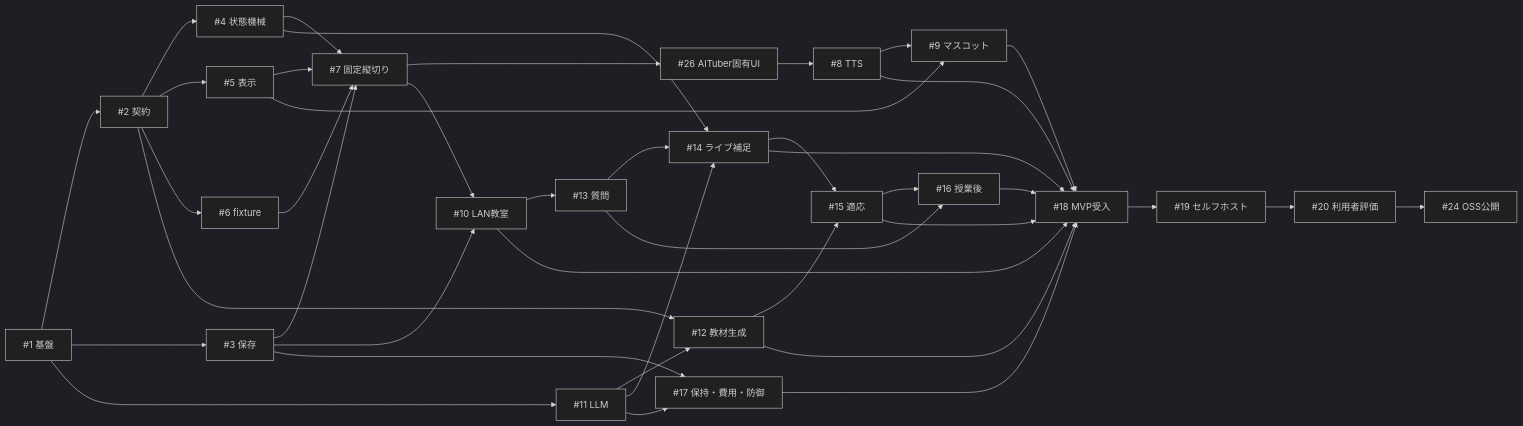
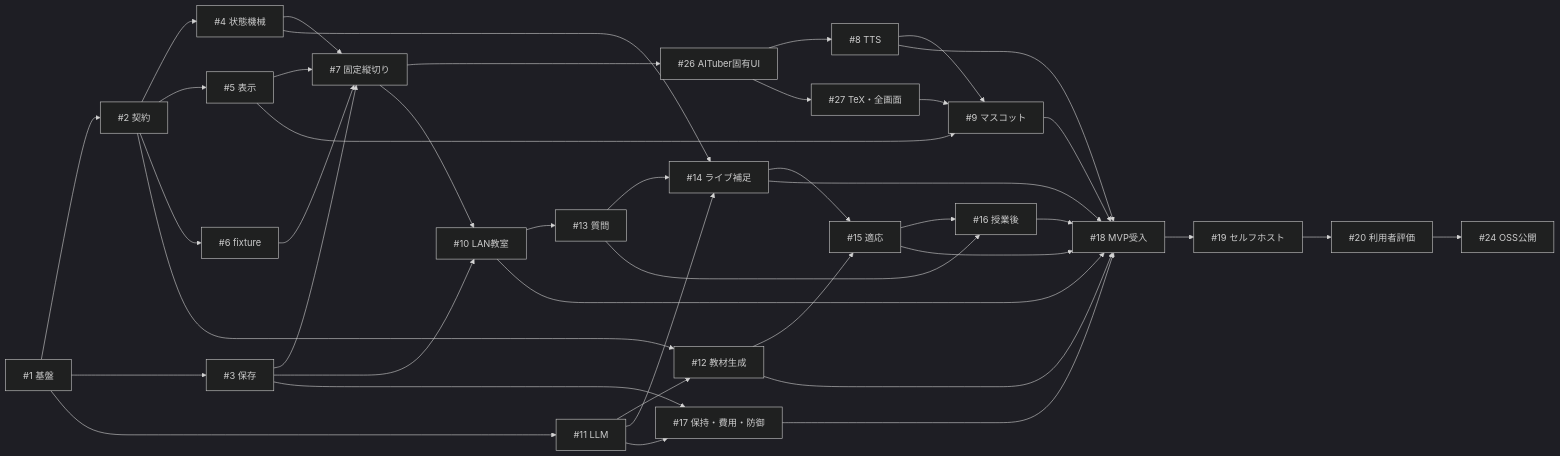
The diagram in docs/IMPLEMENTATION_PLAN.md (mani1261790/AITuber), drawn with Mermaid (dark theme) before and after one commit. The commit also changed other lines of this file and 15 other files, not shown here.

````diff
--- a/docs/IMPLEMENTATION_PLAN.md
+++ b/docs/IMPLEMENTATION_PLAN.md
@@ -58,42 +59,44 @@
 ```mermaid
 flowchart LR
     I1["#1 基盤"] --> I2["#2 契約"]
     I1 --> I3["#3 保存"]
     I2 --> I4["#4 状態機械"]
     I2 --> I5["#5 表示"]
     I2 --> I6["#6 fixture"]
     I3 --> I7["#7 固定縦切り"]
     I4 --> I7
     I5 --> I7
     I6 --> I7
     I7 --> I26["#26 AITuber固有UI"]
     I26 --> I8["#8 TTS"]
+    I26 --> I27["#27 TeX・全画面"]
+    I27 --> I9
     I5 --> I9["#9 マスコット"]
     I8 --> I9
     I3 --> I10["#10 LAN教室"]
     I7 --> I10
     I1 --> I11["#11 LLM"]
     I2 --> I12["#12 教材生成"]
     I11 --> I12
     I10 --> I13["#13 質問"]
     I11 --> I14["#14 ライブ補足"]
     I13 --> I14
     I4 --> I14
     I12 --> I15["#15 適応"]
     I14 --> I15
     I13 --> I16["#16 授業後"]
     I15 --> I16
     I3 --> I17["#17 保持・費用・防御"]
     I11 --> I17
     I8 --> I18["#18 MVP受入"]
     I9 --> I18
     I10 --> I18
     I12 --> I18
     I14 --> I18
     I15 --> I18
     I16 --> I18
     I17 --> I18
     I18 --> I19["#19 セルフホスト"]
     I19 --> I20["#20 利用者評価"]
     I20 --> I24["#24 OSS公開"]
 ```
````
